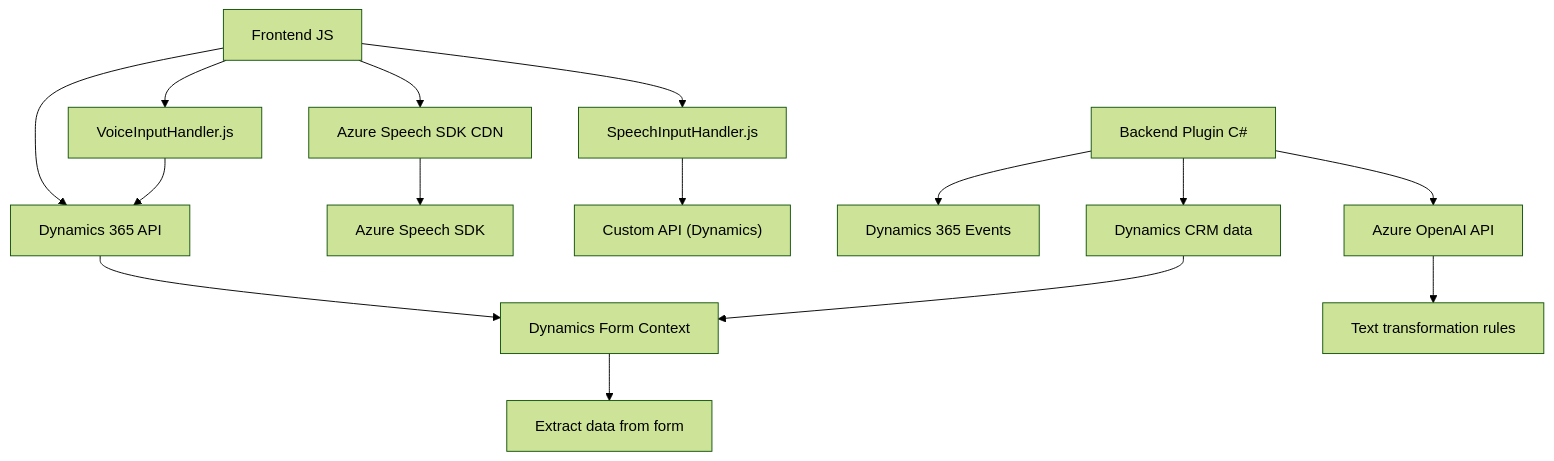
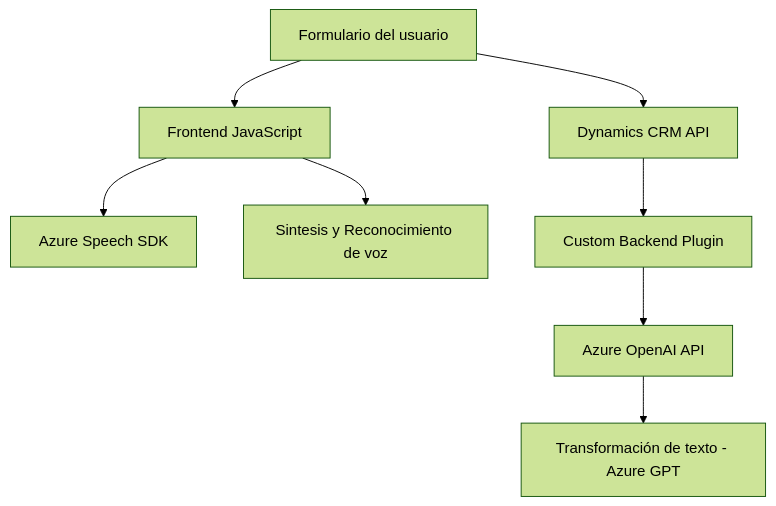
One commit to blopezdm/NETCORE_BILBAO2025 changed the diagram in README.md. Above: the diagram before and after it, drawn with Mermaid (forest theme). The commit also changed other lines of this file, not shown here.

````diff
--- a/README.md
+++ b/README.md
@@ -36,18 +36,19 @@
 ```mermaid
 graph TD
-    A["Frontend JS"] --> B["Azure Speech SDK CDN"]
-    A --> C["Dynamics 365 API"]
-    B --> D["Azure Speech SDK"]
-    C --> E["Dynamics Form Context"]
-    E --> F["Extract data from form"]
-    A --> G["SpeechInputHandler.js"]
-    G --> H["Custom API (Dynamics)"]
-    A --> I["VoiceInputHandler.js"]
-    I --> C
+    A["Frontend JavaScript"]
+    B["Azure Speech SDK"]
+    C["Dynamics CRM API"]
+    D["Custom Backend Plugin"]
+    E["Azure OpenAI API"]
+    F["Formulario del usuario"]
+    G["Sintesis y Reconocimiento de voz"]
+    H["Transformación de texto - Azure GPT"]
 
-    J["Backend Plugin C#"] --> K["Dynamics 365 Events"]
-    J --> L["Azure OpenAI API"]
-    L --> M["Text transformation rules"]
-    J --> N["Dynamics CRM data"]
-    N --> E
+    F --> A
+    A --> B
+    A --> G
+    F --> C
+    C --> D
+    D --> E
+    E --> H
 ```
````
